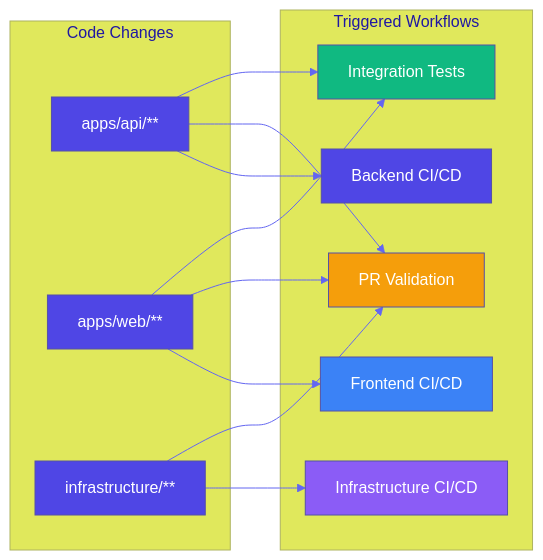
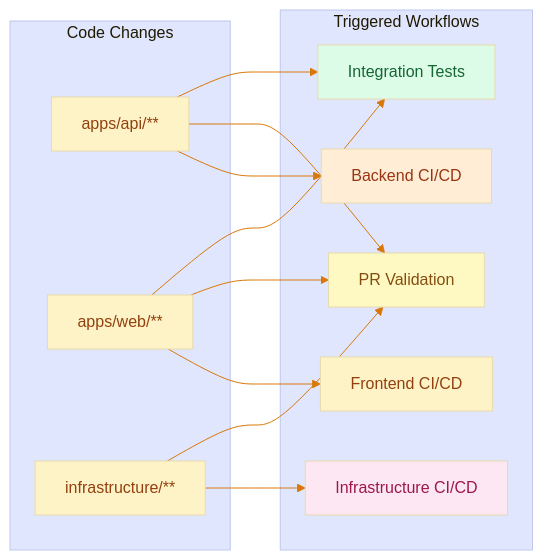
The second of 2 diagrams in docs/ci-cd-pipeline.md (deznode/nosilha), drawn with Mermaid before and after one commit. The commit also changed other lines of this file and 8 other files, not shown here.

````diff
--- a/docs/ci-cd-pipeline.md
+++ b/docs/ci-cd-pipeline.md
@@ -83,30 +83,30 @@
 ```mermaid
-%%{init: {'theme': 'base', 'themeVariables': { 'primaryColor': '#4F46E5', 'primaryTextColor': '#fff', 'lineColor': '#6366F1'}}}%%
+%%{init: {'theme': 'base', 'themeVariables': { 'primaryColor': '#fef3c7', 'primaryTextColor': '#92400e', 'lineColor': '#d97706'}}}%%
 flowchart LR
     subgraph changes["Code Changes"]
         BE_CODE["apps/api/**"]
         FE_CODE["apps/web/**"]
         INFRA_CODE["infrastructure/**"]
     end
 
     subgraph workflows["Triggered Workflows"]
         BE_WF["Backend CI/CD"]
         FE_WF["Frontend CI/CD"]
         INFRA_WF["Infrastructure CI/CD"]
         PR_WF["PR Validation"]
         INT_WF["Integration Tests"]
     end
 
     BE_CODE --> BE_WF
     FE_CODE --> FE_WF
     INFRA_CODE --> INFRA_WF
 
     BE_CODE & FE_CODE & INFRA_CODE --> PR_WF
     BE_CODE & FE_CODE --> INT_WF
 
-    style BE_WF fill:#4F46E5,color:#fff
-    style FE_WF fill:#3B82F6,color:#fff
-    style INFRA_WF fill:#8B5CF6,color:#fff
-    style PR_WF fill:#F59E0B,color:#fff
-    style INT_WF fill:#10B981,color:#fff
+    style BE_WF fill:#ffedd5,color:#9a3412
+    style FE_WF fill:#fef3c7,color:#92400e
+    style INFRA_WF fill:#fce7f3,color:#9d174d
+    style PR_WF fill:#fef9c3,color:#854d0e
+    style INT_WF fill:#dcfce7,color:#166534
 ```
````
